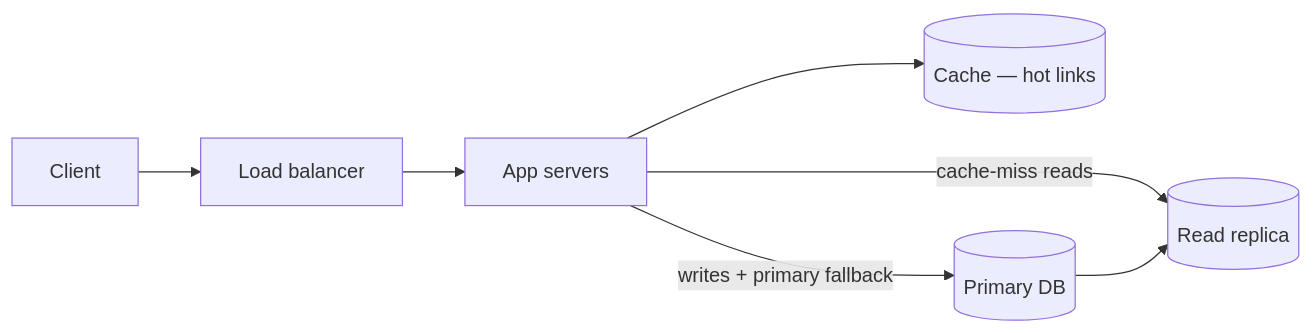
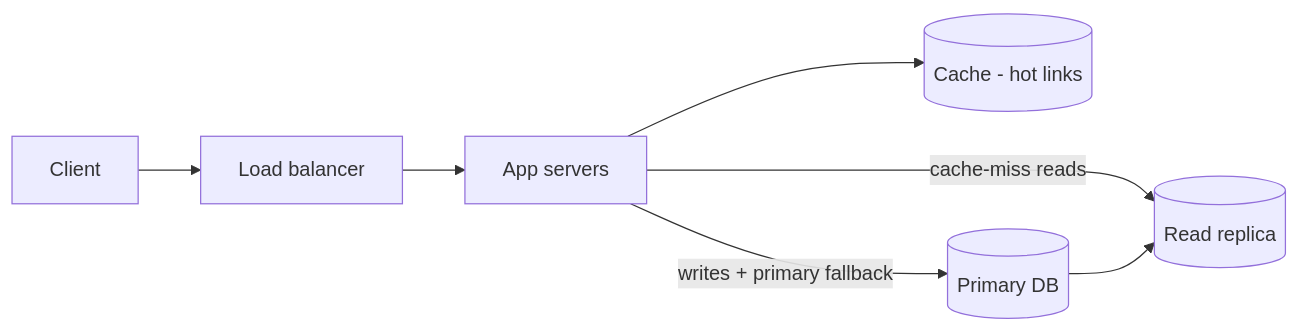
One commit to danielsousaoliveira/cs-fundamentals changed the diagram in src/content/docs/5-systems/system-design-process.mdx. Above: the diagram before and after it, drawn with Mermaid. The commit also changed other lines of this file and 139 other files, not shown here.

````diff
--- a/src/content/docs/5-systems/system-design-process.mdx
+++ b/src/content/docs/5-systems/system-design-process.mdx
@@ -87,9 +87,9 @@
 ```mermaid
 flowchart LR
   Client --> LB[Load balancer]
   LB --> App[App servers]
-  App --> Cache[(Cache — hot links)]
+  App --> Cache[(Cache - hot links)]
   App -->|writes + primary fallback| DB[(Primary DB)]
   App -->|cache-miss reads| Replica[(Read replica)]
   DB --> Replica
 ```
````
